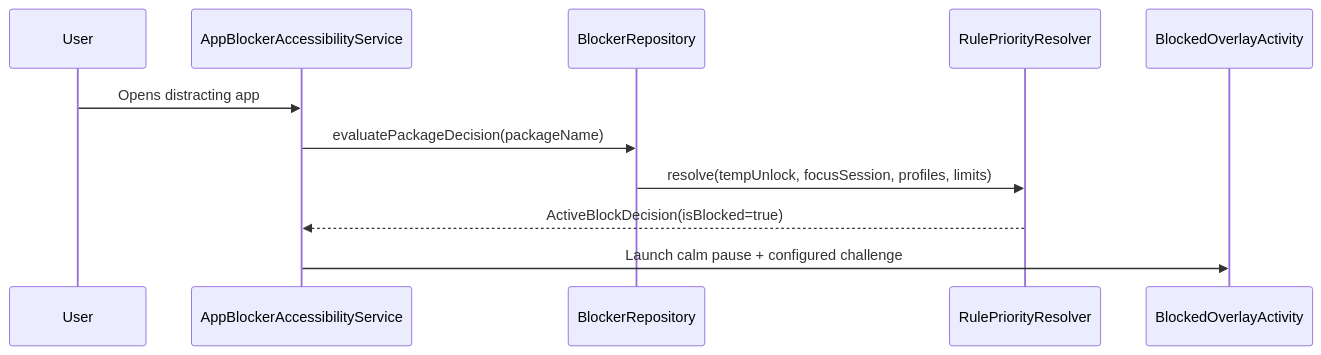
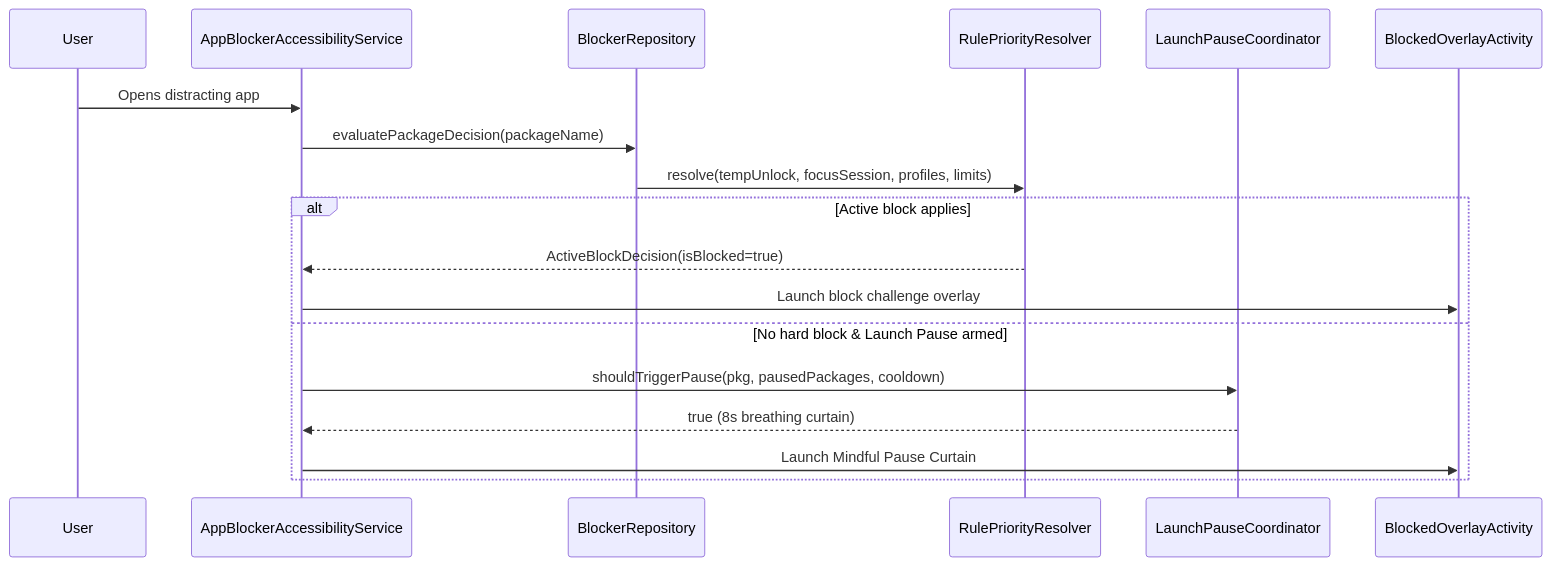
The diagram in ARCHITECTURE.md (PrivMITLab/FocusNest), drawn with Mermaid before and after one commit. The commit also changed other lines of this file and 60 other files, not shown here.

````diff
--- a/ARCHITECTURE.md
+++ b/ARCHITECTURE.md
@@ -14,14 +15,21 @@
 ```mermaid
 sequenceDiagram
     participant User
     participant Accessibility as AppBlockerAccessibilityService
     participant Repo as BlockerRepository
     participant Resolver as RulePriorityResolver
+    participant Pause as LaunchPauseCoordinator
     participant Overlay as BlockedOverlayActivity
 
     User->>Accessibility: Opens distracting app
     Accessibility->>Repo: evaluatePackageDecision(packageName)
     Repo->>Resolver: resolve(tempUnlock, focusSession, profiles, limits)
-    Resolver-->>Accessibility: ActiveBlockDecision(isBlocked=true)
-    Accessibility->>Overlay: Launch calm pause + configured challenge
+    alt Active block applies
+        Resolver-->>Accessibility: ActiveBlockDecision(isBlocked=true)
+        Accessibility->>Overlay: Launch block challenge overlay
+    else No hard block & Launch Pause armed
+        Accessibility->>Pause: shouldTriggerPause(pkg, pausedPackages, cooldown)
+        Pause-->>Accessibility: true (8s breathing curtain)
+        Accessibility->>Overlay: Launch Mindful Pause Curtain
+    end
 ```
````
